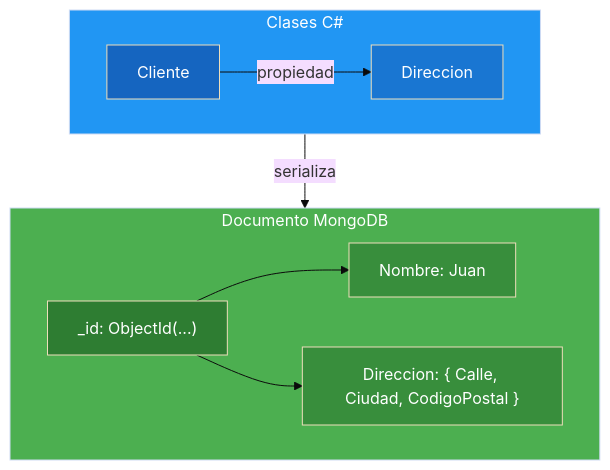
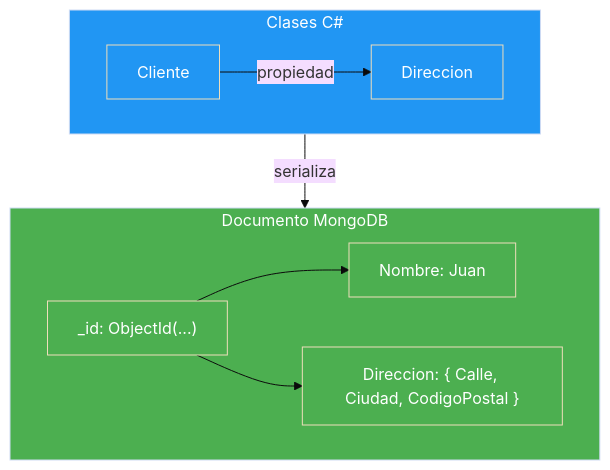
Before and after one commit to joseluisgs/DesarrolloWebEntornosServidor-02-2026-2027: the fourth of 7 diagrams in 13-mongodb.md, drawn with Mermaid (base theme). The commit also changed other lines of this file and 15 other files, not shown here.

````diff
--- a/13-mongodb.md
+++ b/13-mongodb.md
@@ -669,22 +669,22 @@
 ```mermaid
 graph TD
     subgraph CLASES["Clases C#"]
         C[Cliente] -->|propiedad| D[Direccion]
     end
 
     subgraph MONGO["Documento MongoDB"]
         M["_id: ObjectId(...)"]
         M --> N["Nombre: Juan"]
         M --> DIR["Direccion: { Calle, Ciudad, CodigoPostal }"]
     end
 
     CLASES -->|serializa| MONGO
 
     style CLASES fill:#2196F3,color:#fff
     style MONGO fill:#4CAF50,color:#fff
-    style C fill:#1565C0,color:#fff
-    style D fill:#1976D2,color:#fff
-    style M fill:#2E7D32,color:#fff
-    style N fill:#388E3C,color:#fff
-    style DIR fill:#388E3C,color:#fff
+    style C fill:#2196F3,color:#fff
+    style D fill:#2196F3,color:#fff
+    style M fill:#4CAF50,color:#fff
+    style N fill:#4CAF50,color:#fff
+    style DIR fill:#4CAF50,color:#fff
 ```
````
